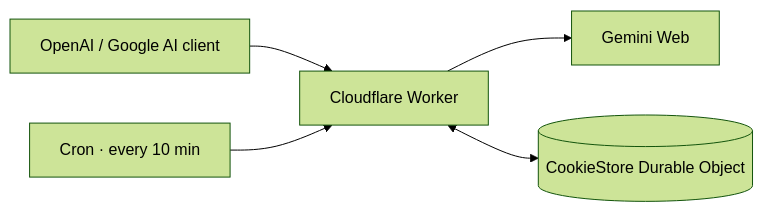
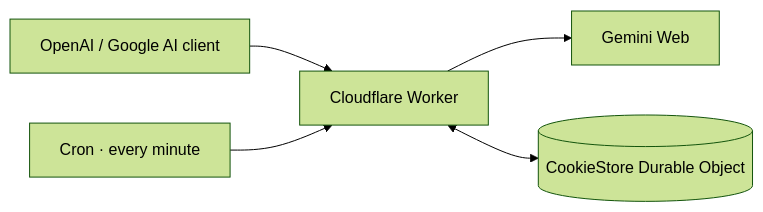
The diagram in README.md (banana2556/gemini2api-cfworker), drawn with Mermaid (forest theme) before and after one commit. The commit also changed other lines of this file and 3 other files, not shown here.

````diff
--- a/README.md
+++ b/README.md
@@ -252,7 +252,7 @@
 ```mermaid
 flowchart LR
     client["OpenAI / Google AI client"] --> worker["Cloudflare Worker"]
     worker --> gemini["Gemini Web"]
     worker <--> store[("CookieStore Durable Object")]
-    cron["Cron · every 10 min"] --> worker
+    cron["Cron · every minute"] --> worker
 ```
````
